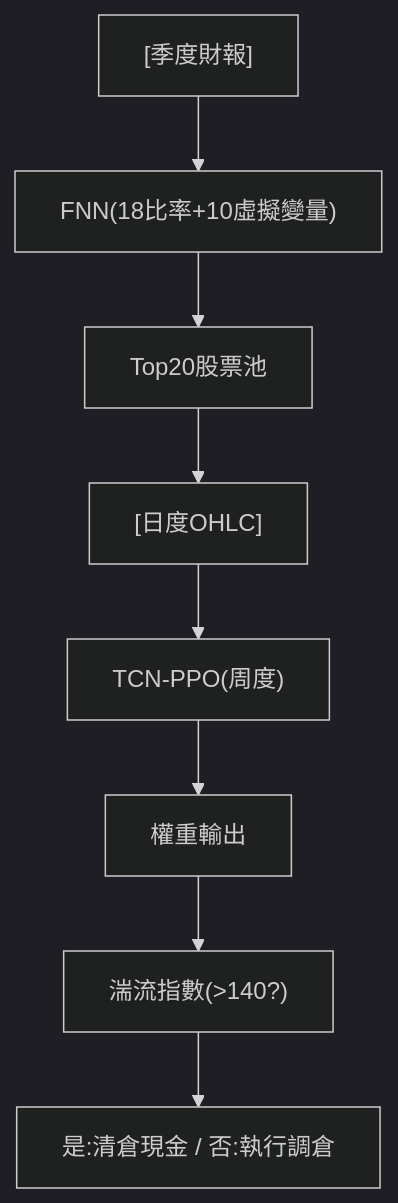
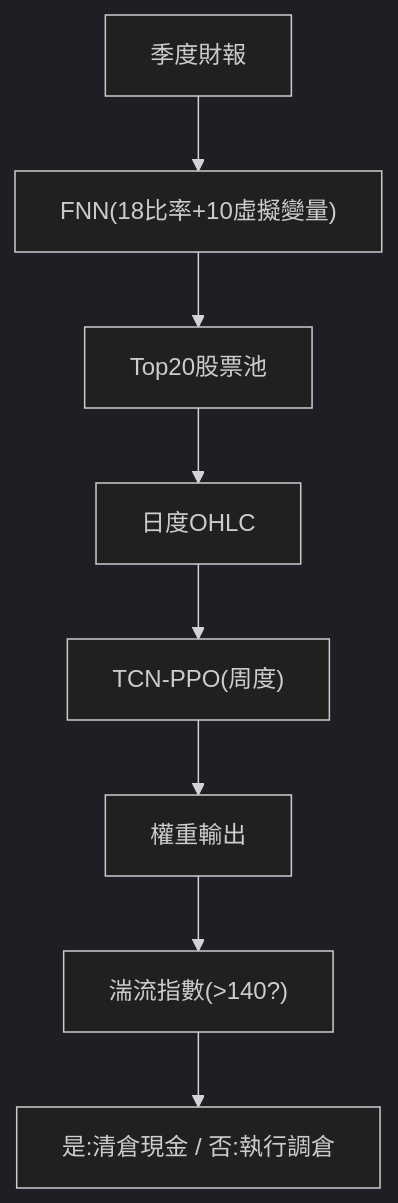
Before and after one commit to sou350121/Trading-Handbook: the diagram in foundations/reinforcement-learning/fnn-drl.md, drawn with Mermaid (dark theme). The commit also changed 191 other files, not shown here.

First line of the commit message:
render: fix math + mermaid for GitHub across the corpus (188 pages)

````diff
--- a/foundations/reinforcement-learning/fnn-drl.md
+++ b/foundations/reinforcement-learning/fnn-drl.md
@@ -32,10 +32,10 @@
 ```mermaid
 flowchart TD
-A["[季度財報]"] --> B["FNN(18比率+10虛擬變量)"]
+A["季度財報"] --> B["FNN(18比率+10虛擬變量)"]
 B["FNN(18比率+10虛擬變量)"] --> C["Top20股票池"]
-C["Top20股票池"] --> D["[日度OHLC]"]
-D["[日度OHLC]"] --> E["TCN-PPO(周度)"]
+C["Top20股票池"] --> D["日度OHLC"]
+D["日度OHLC"] --> E["TCN-PPO(周度)"]
 E["TCN-PPO(周度)"] --> F["權重輸出"]
-F["權重輸出"] --> G["湍流指數(>140?)"]
-G["湍流指數(>140?)"] --> H["是:清倉現金 / 否:執行調倉"]
+F["權重輸出"] --> G["湍流指數(&gt;140?)"]
+G["湍流指數(&gt;140?)"] --> H["是:清倉現金 / 否:執行調倉"]
 ```
````
